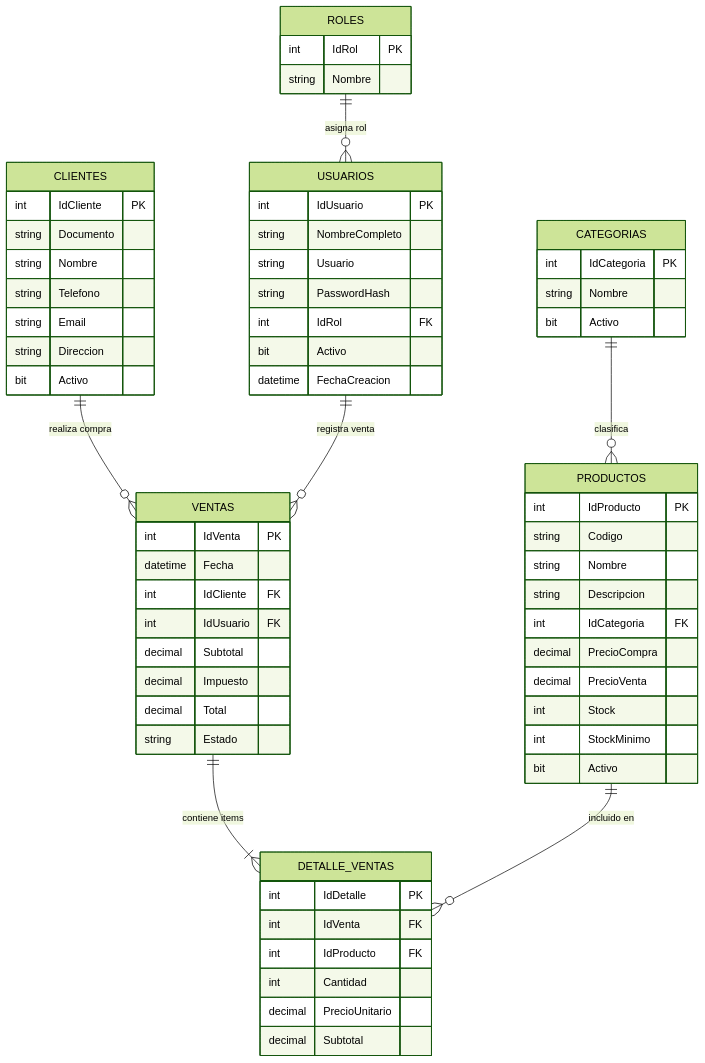
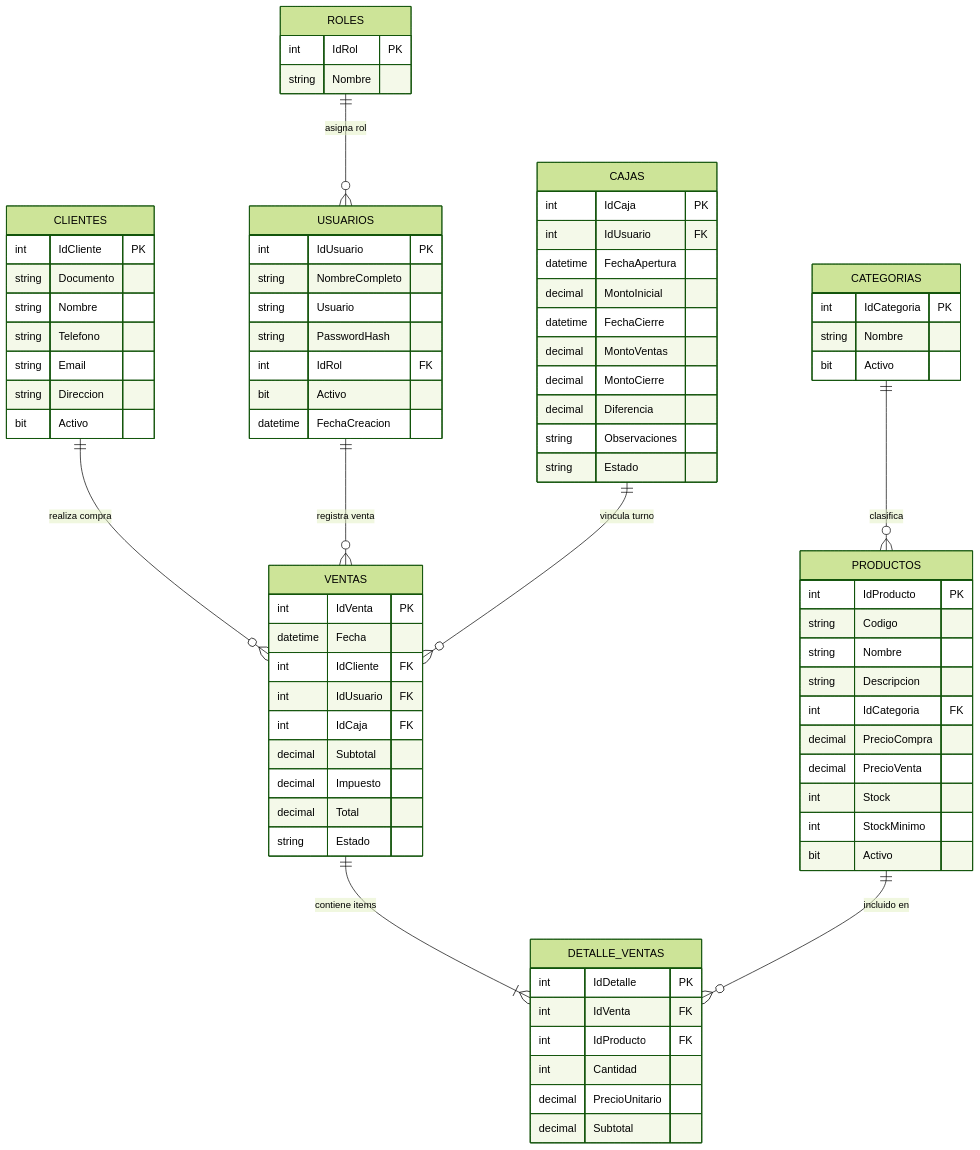
The diagram in README.md (MinniFinnex/POS-NET), drawn with Mermaid (forest theme) before and after one commit. The commit also changed other lines of this file and 19 other files, not shown here.

```diff
--- a/README.md
+++ b/README.md
@@ -118,6 +91,7 @@
     CATEGORIAS ||--o{ PRODUCTOS : "clasifica"
     CLIENTES ||--o{ VENTAS : "realiza compra"
     USUARIOS ||--o{ VENTAS : "registra venta"
+    CAJAS ||--o{ VENTAS : "vincula turno"
     VENTAS ||--|{ DETALLE_VENTAS : "contiene items"
     PRODUCTOS ||--o{ DETALLE_VENTAS : "incluido en"
 
@@ -165,11 +139,25 @@
         bit Activo
     }
 
+    CAJAS {
+        int IdCaja PK
+        int IdUsuario FK
+        datetime FechaApertura
+        decimal MontoInicial
+        datetime FechaCierre
+        decimal MontoVentas
+        decimal MontoCierre
+        decimal Diferencia
+        string Observaciones
+        string Estado
+    }
+
     VENTAS {
         int IdVenta PK
         datetime Fecha
         int IdCliente FK
         int IdUsuario FK
+        int IdCaja FK
         decimal Subtotal
         decimal Impuesto
         decimal Total
```
